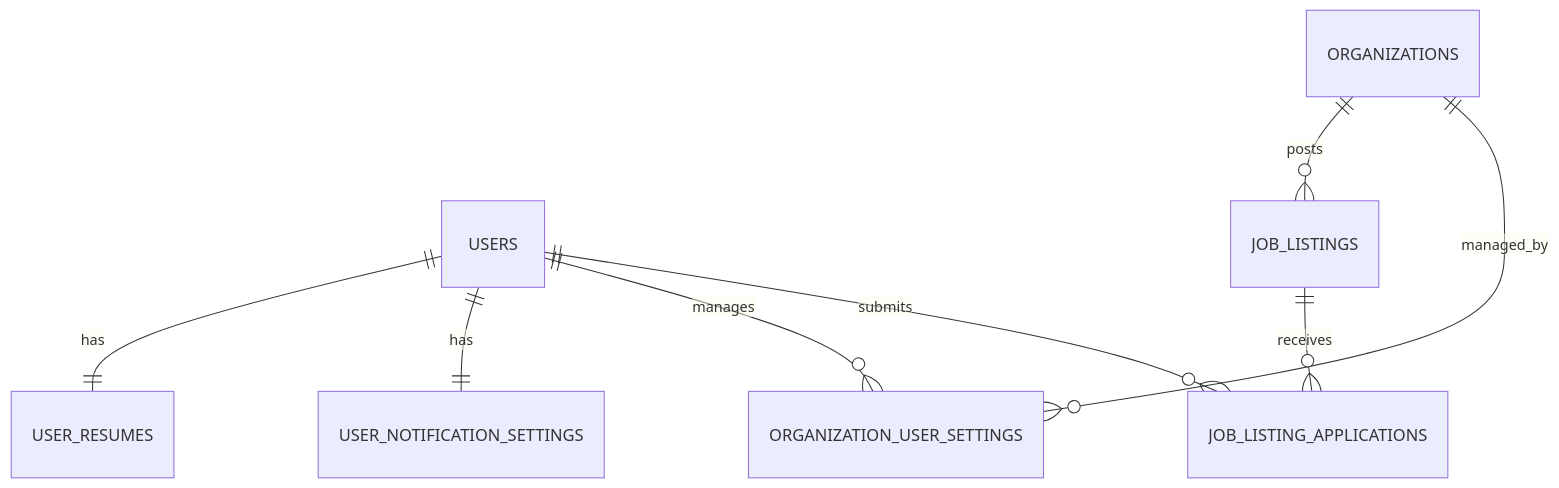
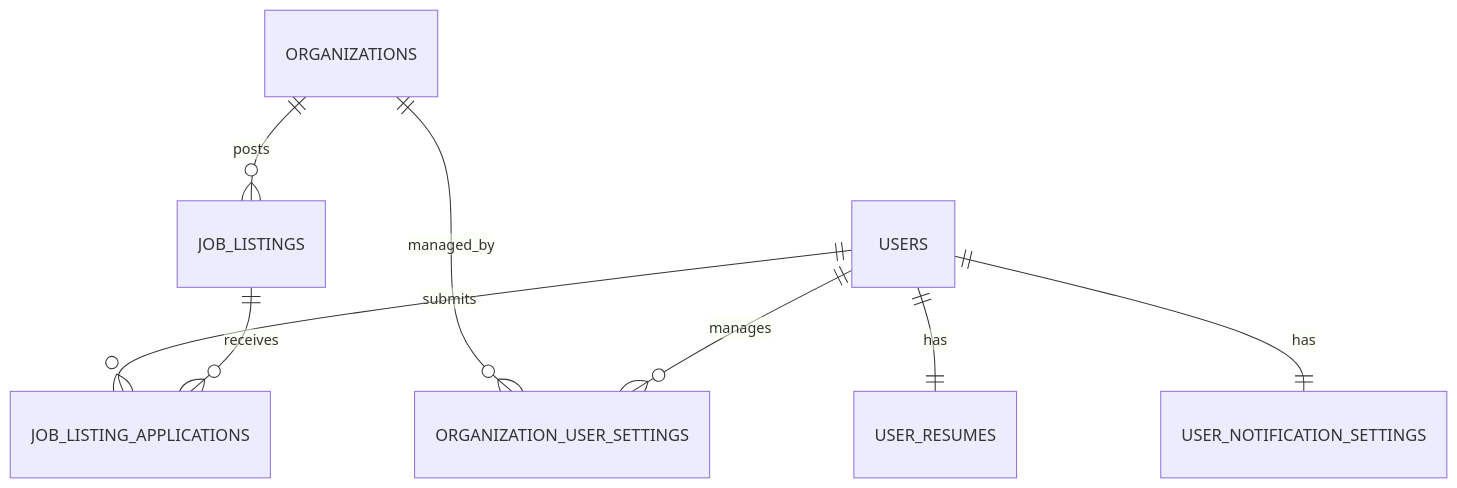
Before and after one commit to Festo-Wampamba/job-link: the fourth of 4 diagrams in KEY_NOTES.md, drawn with Mermaid. The commit also changed other lines of this file and 1 other file, not shown here.

First line of the commit message:
docs: enhance mermaid diagrams visibility and structure

````diff
--- a/KEY_NOTES.md
+++ b/KEY_NOTES.md
@@ -599,12 +600,12 @@
 ```mermaid
 erDiagram
-    USERS ||--|| USER_RESUMES : has
-    USERS ||--|| USER_NOTIFICATION_SETTINGS : has
-    USERS ||--o{ ORGANIZATION_USER_SETTINGS : manages
-    USERS ||--o{ JOB_LISTING_APPLICATIONS : submits
-
     ORGANIZATIONS ||--o{ JOB_LISTINGS : posts
     ORGANIZATIONS ||--o{ ORGANIZATION_USER_SETTINGS : managed_by
 
+    USERS ||--o{ ORGANIZATION_USER_SETTINGS : manages
+    USERS ||--o{ JOB_LISTING_APPLICATIONS : submits
+    USERS ||--|| USER_RESUMES : has
+    USERS ||--|| USER_NOTIFICATION_SETTINGS : has
+
     JOB_LISTINGS ||--o{ JOB_LISTING_APPLICATIONS : receives
 ```
````
